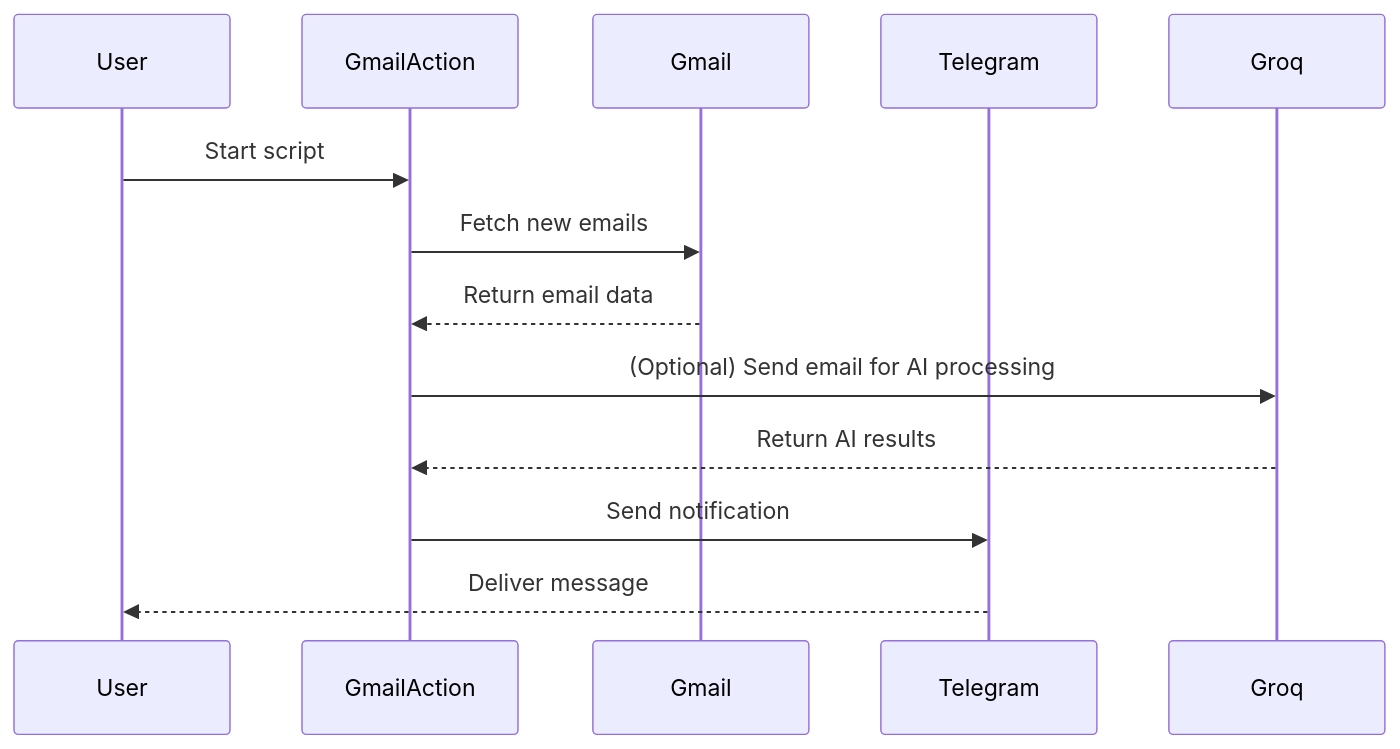
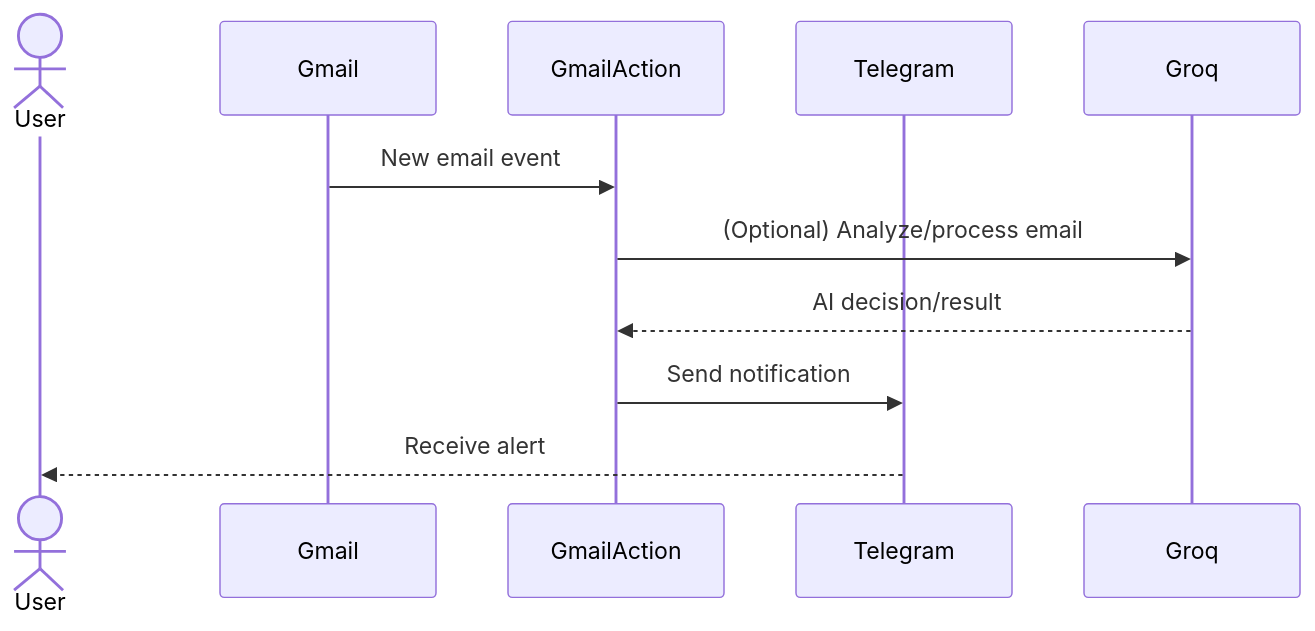
One commit to selvaganesh19/Gmail-action changed the second of 2 diagrams in README.md. Above: the diagram before and after it, drawn with Mermaid. The commit also changed other lines of this file, not shown here.

````diff
--- a/README.md
+++ b/README.md
@@ -95,16 +93,14 @@
 ```mermaid
 sequenceDiagram
-    participant User
+    actor User
+    participant Gmail
     participant GmailAction
-    participant Gmail
     participant Telegram
     participant Groq
 
-    User->>GmailAction: Start script
-    GmailAction->>Gmail: Fetch new emails
-    Gmail-->>GmailAction: Return email data
-    GmailAction->>Groq: (Optional) Send email for AI processing
-    Groq-->>GmailAction: Return AI results
+    Gmail->>GmailAction: New email event
+    GmailAction->>Groq: (Optional) Analyze/process email
+    Groq-->>GmailAction: AI decision/result
     GmailAction->>Telegram: Send notification
-    Telegram-->>User: Deliver message
+    Telegram-->>User: Receive alert
 ```
````
